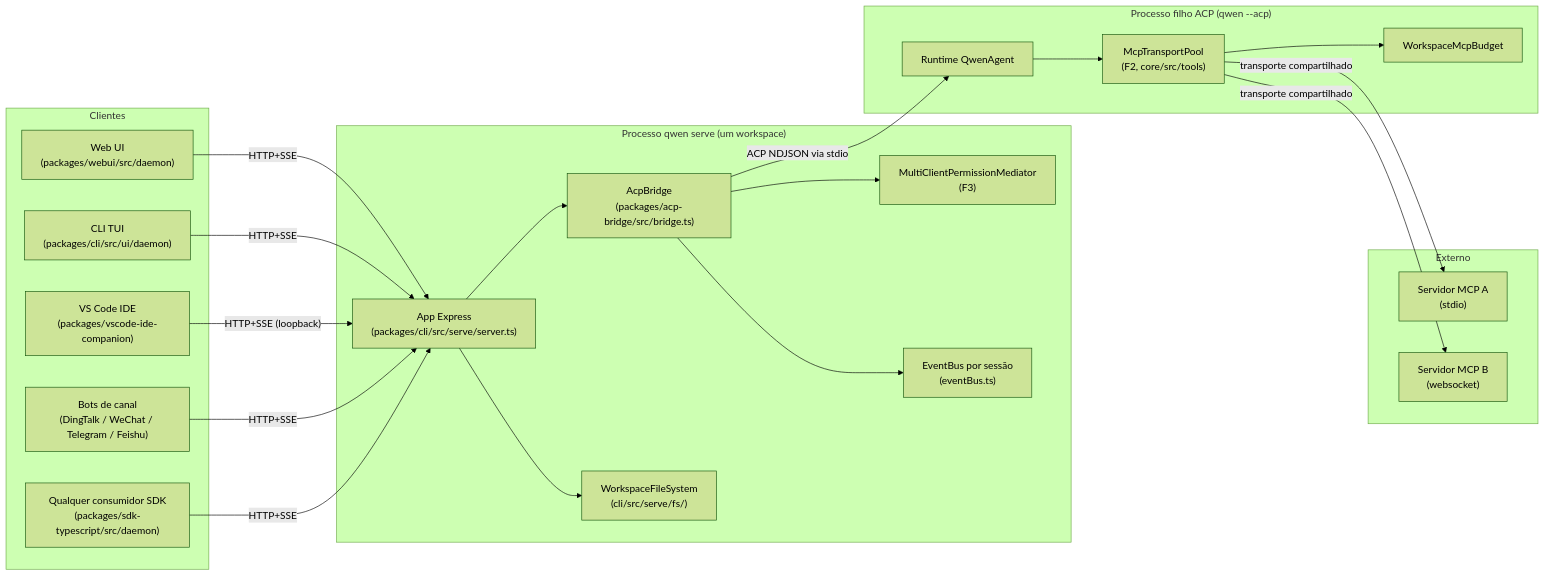
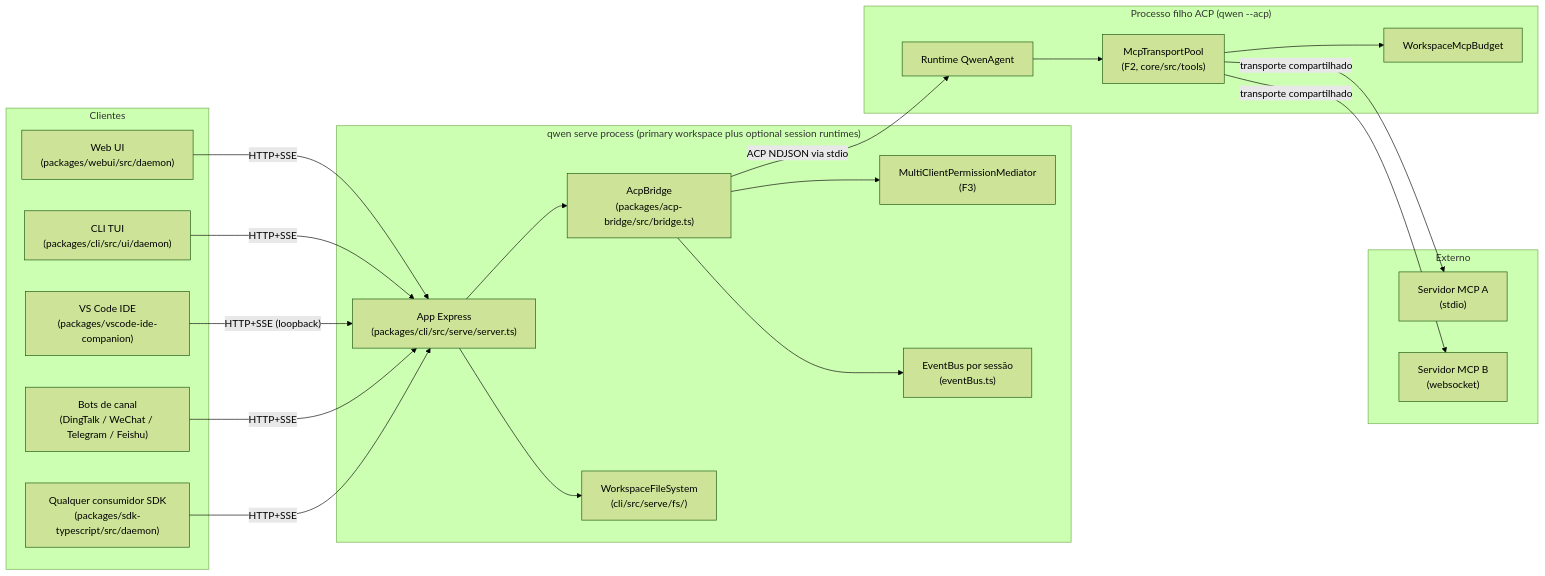
The first of 7 diagrams in website/content/pt-BR/developers/daemon/01-architecture.md (QwenLM/qwen-code-docs), drawn with Mermaid (forest theme) before and after one commit. The commit also changed other lines of this file and 265 other files, not shown here.

````diff
--- a/website/content/pt-BR/developers/daemon/01-architecture.md
+++ b/website/content/pt-BR/developers/daemon/01-architecture.md
@@ -13,46 +13,46 @@
 ```mermaid
 flowchart LR
     subgraph clients["Clientes"]
         WUI["Web UI<br/>(packages/webui/src/daemon)"]
         TUI["CLI TUI<br/>(packages/cli/src/ui/daemon)"]
         IDE["VS Code IDE<br/>(packages/vscode-ide-companion)"]
         CH["Bots de canal<br/>(DingTalk / WeChat / Telegram / Feishu)"]
         SDK["Qualquer consumidor SDK<br/>(packages/sdk-typescript/src/daemon)"]
     end
 
-    subgraph daemon["Processo qwen serve (um workspace)"]
+    subgraph daemon["qwen serve process (primary workspace plus optional session runtimes)"]
         EXP["App Express<br/>(packages/cli/src/serve/server.ts)"]
         BR["AcpBridge<br/>(packages/acp-bridge/src/bridge.ts)"]
         MED["MultiClientPermissionMediator<br/>(F3)"]
         EB["EventBus por sessão<br/>(eventBus.ts)"]
         FS["WorkspaceFileSystem<br/>(cli/src/serve/fs/)"]
     end
 
     subgraph child["Processo filho ACP (qwen --acp)"]
         AGT["Runtime QwenAgent"]
         POOL["McpTransportPool<br/>(F2, core/src/tools)"]
         BDG["WorkspaceMcpBudget"]
     end
 
     subgraph external["Externo"]
         MCP1["Servidor MCP A<br/>(stdio)"]
         MCP2["Servidor MCP B<br/>(websocket)"]
     end
 
     WUI -- "HTTP+SSE" --> EXP
     TUI -- "HTTP+SSE" --> EXP
     IDE -- "HTTP+SSE (loopback)" --> EXP
     CH -- "HTTP+SSE" --> EXP
     SDK -- "HTTP+SSE" --> EXP
 
     EXP --> BR
     BR --> MED
     BR --> EB
     EXP --> FS
 
     BR -- "ACP NDJSON via stdio" --> AGT
     AGT --> POOL
     POOL --> BDG
     POOL -- "transporte compartilhado" --> MCP1
     POOL -- "transporte compartilhado" --> MCP2
 ```
````
